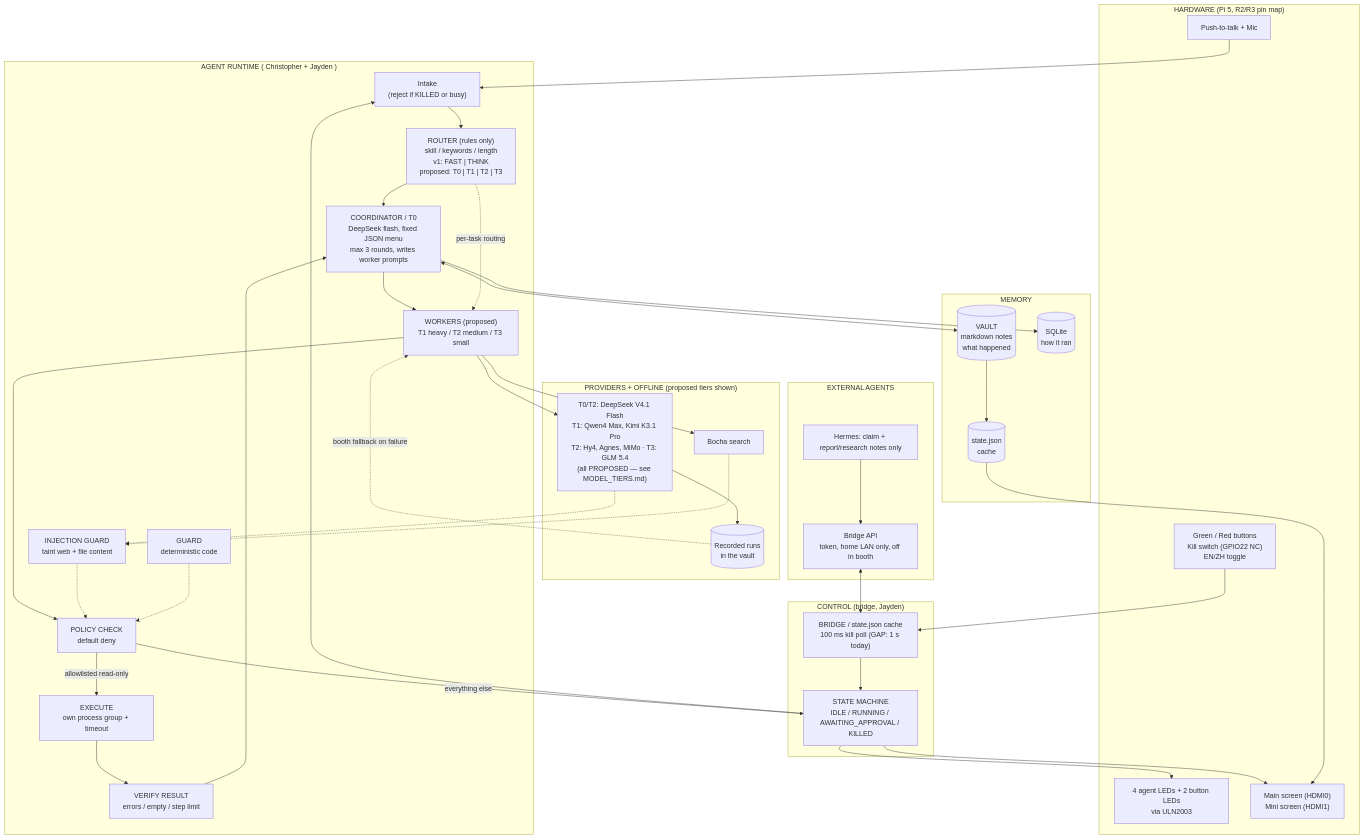
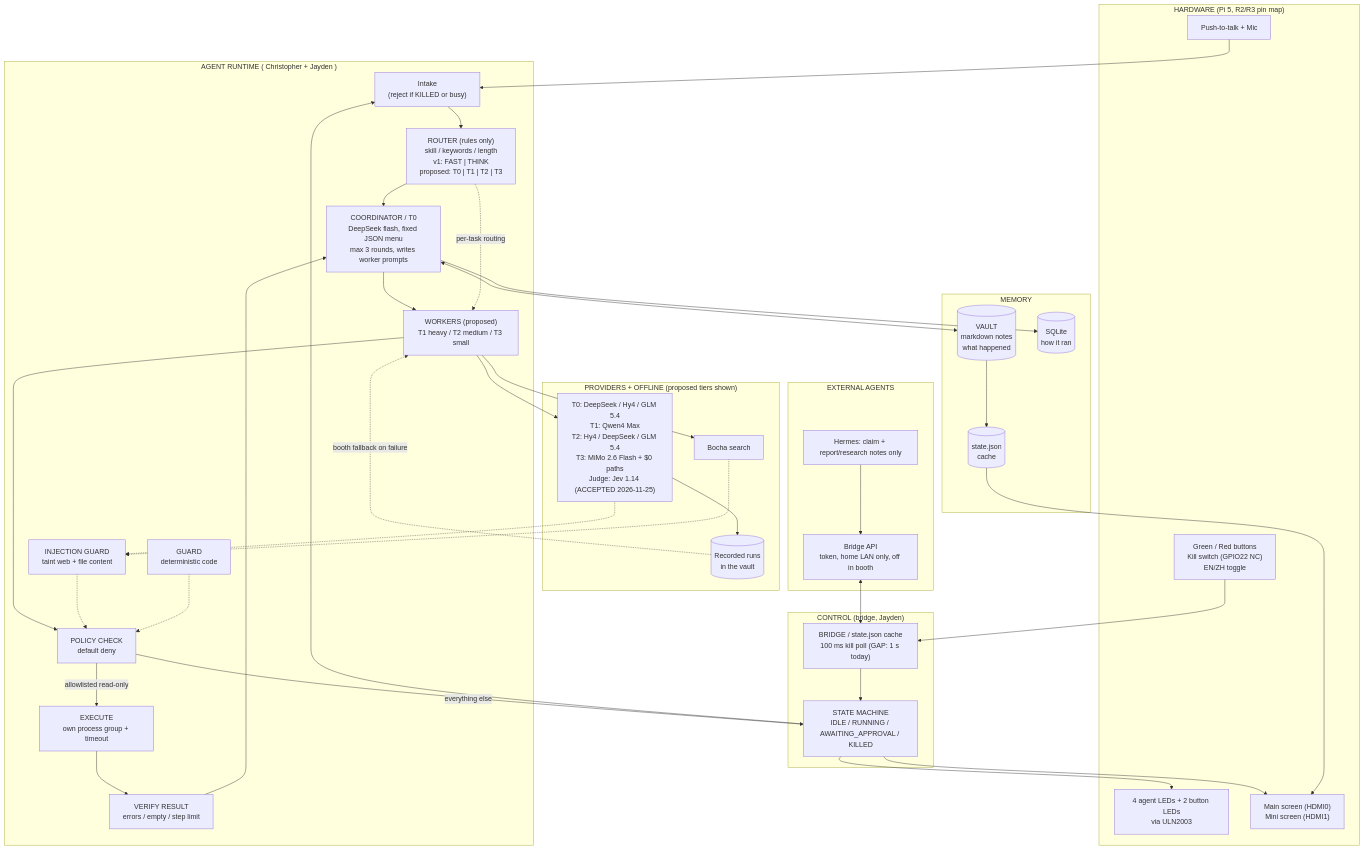
Before and after one commit to Daijay/si-console: the first of 10 diagrams in docs/ARCHITECTURE_DIAGRAMS.md, drawn with Mermaid. The commit also changed other lines of this file and 10 other files, not shown here.

Commit message:
docs: accept final model tiers, Jev judge, booth arena design and cost model; sync all docs

````diff
--- a/docs/ARCHITECTURE_DIAGRAMS.md
+++ b/docs/ARCHITECTURE_DIAGRAMS.md
@@ -18,67 +19,67 @@
 ```mermaid
 flowchart TB
     subgraph H["HARDWARE (Pi 5, R2/R3 pin map)"]
         PTT["Push-to-talk + Mic"]
         BTN["Green / Red buttons<br/>Kill switch (GPIO22 NC)<br/>EN/ZH toggle"]
         LED["4 agent LEDs + 2 button LEDs<br/>via ULN2003"]
         SCREEN["Main screen (HDMI0)<br/>Mini screen (HDMI1)"]
     end
 
     subgraph C["CONTROL (bridge, Jayden)"]
         BR["BRIDGE / state.json cache<br/>100 ms kill poll (GAP: 1 s today)"]
         FSM["STATE MACHINE<br/>IDLE / RUNNING / AWAITING_APPROVAL / KILLED"]
     end
 
     subgraph A["AGENT RUNTIME ( Christopher + Jayden )"]
         IN["Intake<br/>(reject if KILLED or busy)"]
         ROUTER["ROUTER (rules only)<br/>skill / keywords / length<br/>v1: FAST | THINK<br/>proposed: T0 | T1 | T2 | T3"]
         COORD["COORDINATOR / T0<br/>DeepSeek flash, fixed JSON menu<br/>max 3 rounds, writes worker prompts"]
         WORK["WORKERS (proposed)<br/>T1 heavy / T2 medium / T3 small"]
         POLICY["POLICY CHECK<br/>default deny"]
         GUARD["GUARD<br/>deterministic code"]
         EXEC["EXECUTE<br/>own process group + timeout"]
         VERIFY["VERIFY RESULT<br/>errors / empty / step limit"]
         IG["INJECTION GUARD<br/>taint web + file content"]
     end
 
     subgraph M["MEMORY"]
         VAULT[("VAULT<br/>markdown notes<br/>what happened")]
         JSON[("state.json<br/>cache")]
         SQLITE[("SQLite<br/>how it ran")]
     end
 
     subgraph P["PROVIDERS + OFFLINE (proposed tiers shown)"]
-        DS["T0/T2: DeepSeek V4.1 Flash<br/>T1: Qwen4 Max, Kimi K3.1 Pro<br/>T2: Hy4, Agnes, MiMo · T3: GLM 5.4<br/>(all PROPOSED — see MODEL_TIERS.md)"]
+        DS["T0: DeepSeek / Hy4 / GLM 5.4<br/>T1: Qwen4 Max<br/>T2: Hy4 / DeepSeek / GLM 5.4<br/>T3: MiMo 2.6 Flash + $0 paths<br/>Judge: Jev 1.14 (ACCEPTED 2026-11-25)"]
         BOCHA["Bocha search"]
         REC[("Recorded runs<br/>in the vault")]
     end
 
     subgraph E["EXTERNAL AGENTS"]
         API["Bridge API<br/>token, home LAN only, off in booth"]
         HERMES["Hermes: claim + report/research notes only"]
     end
 
     PTT --> IN
     BTN --> BR
     BR --> FSM
     FSM --> LED
     FSM --> SCREEN
     FSM --> IN
     IN --> ROUTER --> COORD --> WORK --> POLICY
     POLICY -- "allowlisted read-only" --> EXEC
     POLICY -- "everything else" --> FSM
     IG -.-> POLICY
     GUARD -.-> POLICY
     EXEC --> VERIFY --> COORD
     COORD <--> VAULT
     VAULT --> JSON --> SCREEN
     COORD --> SQLITE
     WORK --> DS
     WORK --> BOCHA
     ROUTER -.->|"per-task routing"| WORK
     DS & BOCHA -.-> IG
     DS --> REC
     REC -. "booth fallback on failure" .-> WORK
     API <--> BR
     HERMES --> API
 ```
````
